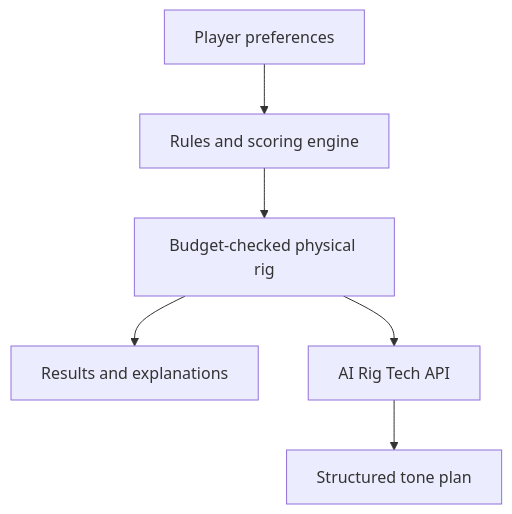
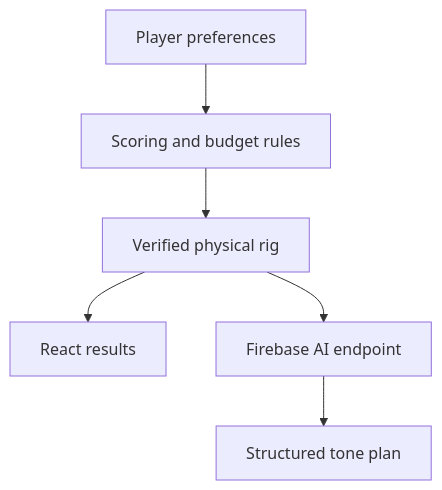
The diagram in README.md (ChristianBarajas/brutal-rig), drawn with Mermaid before and after one commit. The commit also changed other lines of this file and 4 other files, not shown here.

Commit message:
Add Brutal Rig branding and document AI architecture

````diff
--- a/README.md
+++ b/README.md
@@ -39,8 +43,8 @@
 ```mermaid
 flowchart TD
-    A[Player preferences] --> B[Rules and scoring engine]
-    B --> C[Budget-checked physical rig]
-    C --> D[Results and explanations]
-    C --> E[AI Rig Tech API]
+    A[Player preferences] --> B[Scoring and budget rules]
+    B --> C[Verified physical rig]
+    C --> D[React results]
+    C --> E[Firebase AI endpoint]
     E --> F[Structured tone plan]
 ```
````
